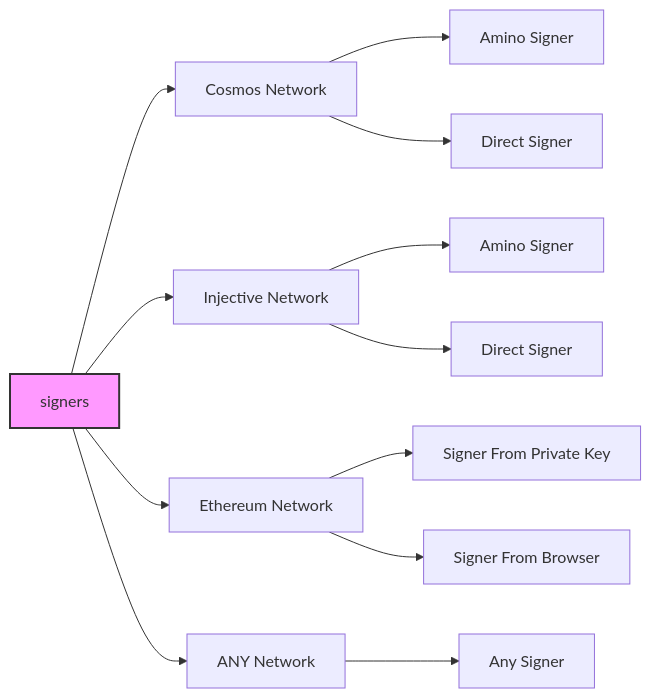
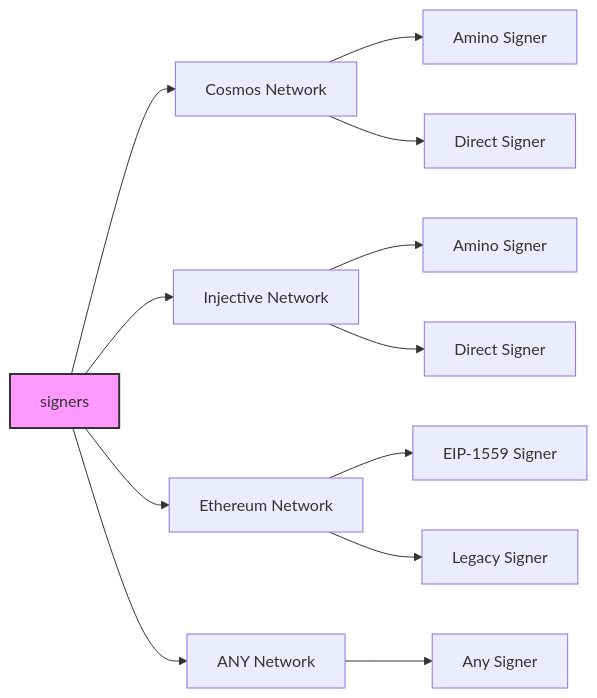
The first of 2 diagrams in docs/index.mdx (hyperweb-io/interchainjs), drawn with Mermaid before and after one commit. The commit also changed 3 other files, not shown here.

````diff
--- a/docs/index.mdx
+++ b/docs/index.mdx
@@ -75,20 +75,20 @@
 ```mermaid
 graph LR
     signers --> cosmos_signer["Cosmos Network"]
     signers --> injective_signer["Injective Network"]
     signers --> ethereum_signer["Ethereum Network"]
     signers --> implement_signer["ANY Network"]
 
     cosmos_signer --> cosmos_amino["Amino Signer"]
     cosmos_signer --> cosmos_direct["Direct Signer"]
 
-    ethereum_signer --> signer_from_from_private_key["Signer From Private Key"]
-    ethereum_signer --> signer_from_from_browser["Signer From Browser"]
+    ethereum_signer --> eip1559_signer["EIP-1559 Signer"]
+    ethereum_signer --> legacy_signer["Legacy Signer"]
 
     injective_signer --> injective_amino["Amino Signer"]
     injective_signer --> injective_direct["Direct Signer"]
 
     implement_signer --> any_signer["Any Signer"]
 
     style signers fill:#f9f,stroke:#333,stroke-width:2px
 ```
````
